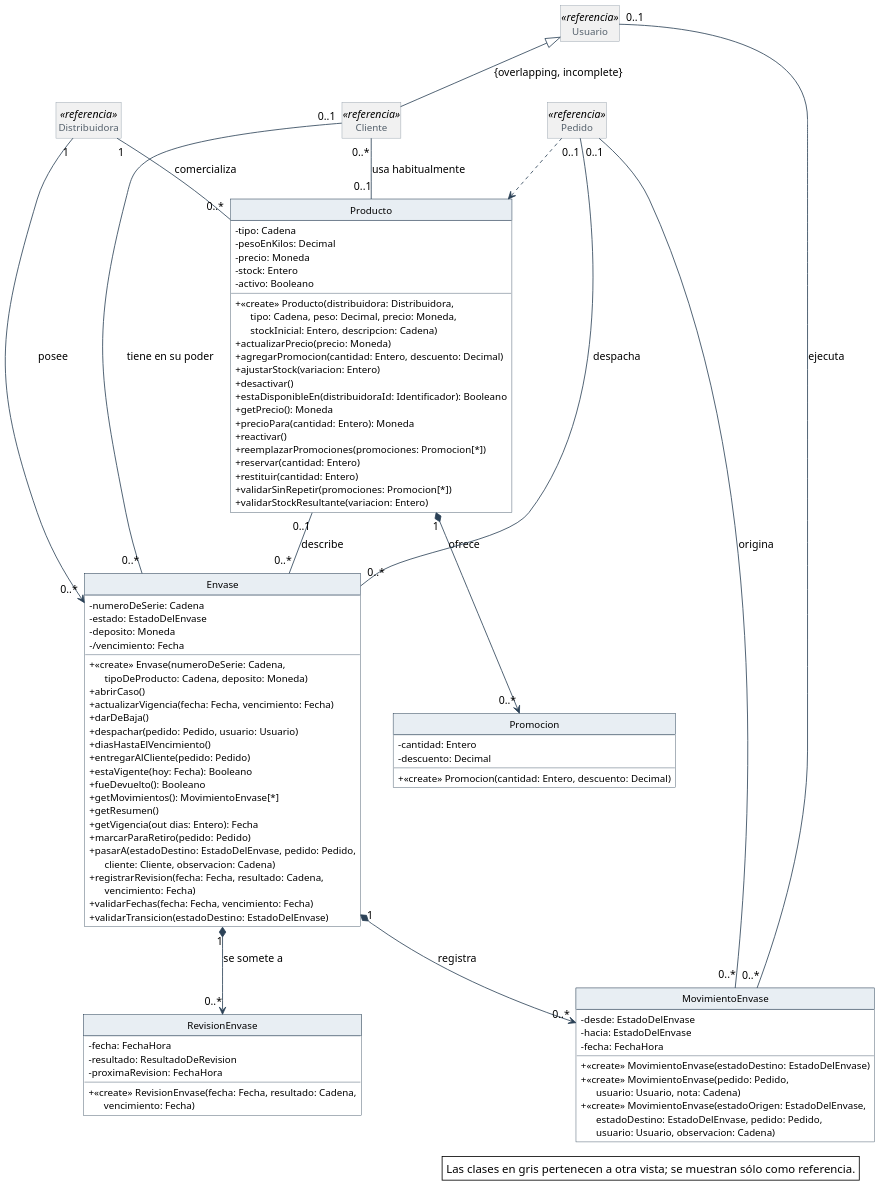
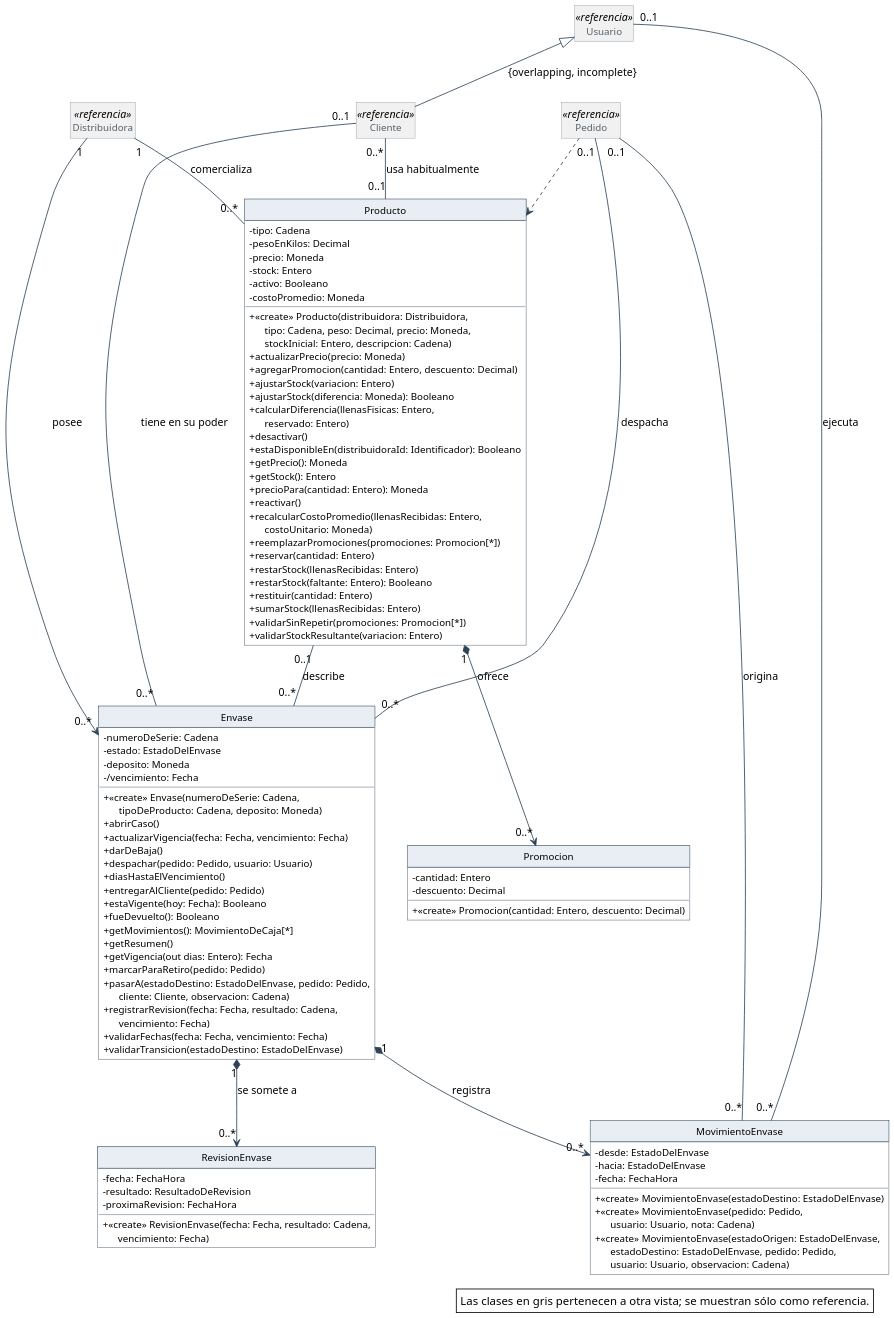
One commit to Nahuelito-Dev/splg-docs changed the diagram in diagramas/clases-diseno/DC_Productos-y-envases.puml. Above: the diagram before and after it, drawn with PlantUML. The commit also changed 1067 other files, not shown here.

First line of the commit message:
docs: módulos planificados de Personal, Flota ampliada, Stock y compras y Caja y rendición

```diff
--- a/diagramas/clases-diseno/DC_Productos-y-envases.puml
+++ b/diagramas/clases-diseno/DC_Productos-y-envases.puml
@@ -1,145 +1,153 @@
 @startuml
 skinparam backgroundColor #FFFFFF
 skinparam shadowing false
 skinparam defaultFontName Helvetica
 skinparam defaultFontSize 13
 skinparam dpi 150
 skinparam nodesep 40
 skinparam ranksep 55
 skinparam classAttributeIconSize 0
 skinparam roundCorner 0
 skinparam genericDisplay old
 skinparam class {
   BorderColor #2C4257
   BackgroundColor #FFFFFF
   ArrowColor #2C4257
   FontSize 14
   AttributeFontSize 12
   HeaderBackgroundColor #E8EEF3
 }
 skinparam class<<referencia>> {
   BackgroundColor #F1F1F1
   BorderColor #8A97A3
   FontColor #55616C
 }
 skinparam class<<fachada>> {
   HeaderBackgroundColor #D6E4F0
 }
 skinparam class<<controlador>> {
   HeaderBackgroundColor #D6E4F0
 }
 skinparam class<<fabricación pura>> {
   HeaderBackgroundColor #F3E9CF
 }
 skinparam class<<colección>> {
   HeaderBackgroundColor #E6E6E6
 }
 skinparam class<<adaptador>> {
   HeaderBackgroundColor #DCEBDD
 }
 skinparam interface {
   BorderColor #2C4257
   BackgroundColor #FFFFFF
   HeaderBackgroundColor #DCEBDD
   FontSize 14
   AttributeFontSize 12
 }
 skinparam note {
   BackgroundColor #FFFFFF
   BorderColor #2C4257
 }
 skinparam packageStyle rectangle
 skinparam package {
   BorderColor #8A97A3
   FontSize 13
   FontColor #55616C
 }
 hide circle
 hide empty members
 
 class Producto {
   - tipo: Cadena
   - pesoEnKilos: Decimal
   - precio: Moneda
   - stock: Entero
   - activo: Booleano
+  - costoPromedio: Moneda
   + «create» Producto(distribuidora: Distribuidora,\n      tipo: Cadena, peso: Decimal, precio: Moneda,\n      stockInicial: Entero, descripcion: Cadena)
   + actualizarPrecio(precio: Moneda)
   + agregarPromocion(cantidad: Entero, descuento: Decimal)
   + ajustarStock(variacion: Entero)
+  + ajustarStock(diferencia: Moneda): Booleano
+  + calcularDiferencia(llenasFisicas: Entero,\n      reservado: Entero)
   + desactivar()
   + estaDisponibleEn(distribuidoraId: Identificador): Booleano
   + getPrecio(): Moneda
+  + getStock(): Entero
   + precioPara(cantidad: Entero): Moneda
   + reactivar()
+  + recalcularCostoPromedio(llenasRecibidas: Entero,\n      costoUnitario: Moneda)
   + reemplazarPromociones(promociones: Promocion[*])
   + reservar(cantidad: Entero)
+  + restarStock(llenasRecibidas: Entero)
+  + restarStock(faltante: Entero): Booleano
   + restituir(cantidad: Entero)
+  + sumarStock(llenasRecibidas: Entero)
   + validarSinRepetir(promociones: Promocion[*])
   + validarStockResultante(variacion: Entero)
 }
 class Promocion {
   - cantidad: Entero
   - descuento: Decimal
   + «create» Promocion(cantidad: Entero, descuento: Decimal)
 }
 class Envase {
   - numeroDeSerie: Cadena
   - estado: EstadoDelEnvase
   - deposito: Moneda
   - /vencimiento: Fecha
   + «create» Envase(numeroDeSerie: Cadena,\n      tipoDeProducto: Cadena, deposito: Moneda)
   + abrirCaso()
   + actualizarVigencia(fecha: Fecha, vencimiento: Fecha)
   + darDeBaja()
   + despachar(pedido: Pedido, usuario: Usuario)
   + diasHastaElVencimiento()
   + entregarAlCliente(pedido: Pedido)
   + estaVigente(hoy: Fecha): Booleano
   + fueDevuelto(): Booleano
-  + getMovimientos(): MovimientoEnvase[*]
+  + getMovimientos(): MovimientoDeCaja[*]
   + getResumen()
   + getVigencia(out dias: Entero): Fecha
   + marcarParaRetiro(pedido: Pedido)
   + pasarA(estadoDestino: EstadoDelEnvase, pedido: Pedido,\n      cliente: Cliente, observacion: Cadena)
   + registrarRevision(fecha: Fecha, resultado: Cadena,\n      vencimiento: Fecha)
   + validarFechas(fecha: Fecha, vencimiento: Fecha)
   + validarTransicion(estadoDestino: EstadoDelEnvase)
 }
 class MovimientoEnvase {
   - desde: EstadoDelEnvase
   - hacia: EstadoDelEnvase
   - fecha: FechaHora
   + «create» MovimientoEnvase(estadoDestino: EstadoDelEnvase)
   + «create» MovimientoEnvase(pedido: Pedido,\n      usuario: Usuario, nota: Cadena)
   + «create» MovimientoEnvase(estadoOrigen: EstadoDelEnvase,\n      estadoDestino: EstadoDelEnvase, pedido: Pedido,\n      usuario: Usuario, observacion: Cadena)
 }
 class RevisionEnvase {
   - fecha: FechaHora
   - resultado: ResultadoDeRevision
   - proximaRevision: FechaHora
   + «create» RevisionEnvase(fecha: Fecha, resultado: Cadena,\n      vencimiento: Fecha)
 }
 class Distribuidora <<referencia>>
 class Cliente <<referencia>>
 class Pedido <<referencia>>
 class Usuario <<referencia>>
 
 Usuario <|-- Cliente : {overlapping, incomplete}
 Distribuidora "1" -- "0..*" Producto : comercializa
 Distribuidora "1" --> "0..*" Envase : posee
 Cliente "0..*" -- "0..1" Producto : usa habitualmente
 Producto "1" *--> "0..*" Promocion : ofrece
 Producto "0..1" -- "0..*" Envase : describe
 Envase "1" *--> "0..*" MovimientoEnvase : registra
 Envase "1" *--> "0..*" RevisionEnvase : se somete a
 Pedido "0..1" -- "0..*" MovimientoEnvase : origina
 Usuario "0..1" -- "0..*" MovimientoEnvase : ejecuta
 Cliente "0..1" -- "0..*" Envase : tiene en su poder
 Pedido "0..1" -- "0..*" Envase : despacha
 Pedido ..> Producto
 
 legend bottom right
   Las clases en gris pertenecen a otra vista; se muestran sólo como referencia.
 endlegend
 @enduml
```
